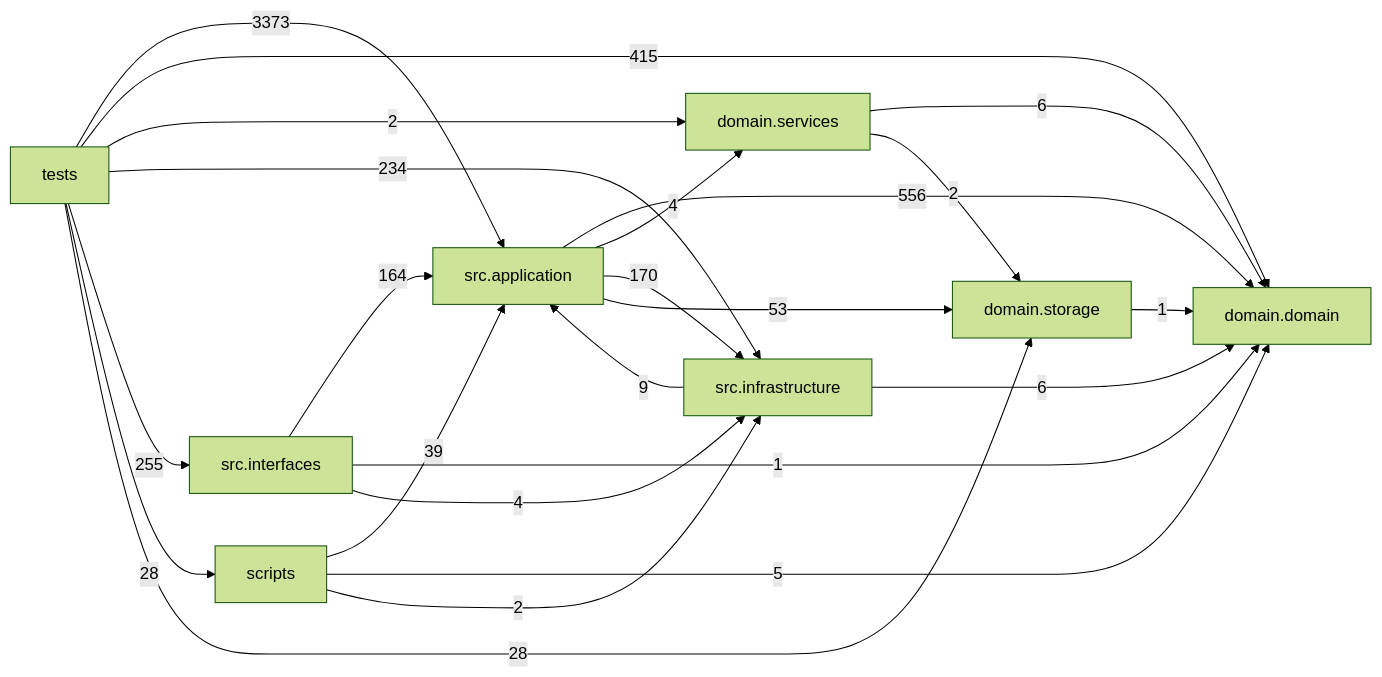
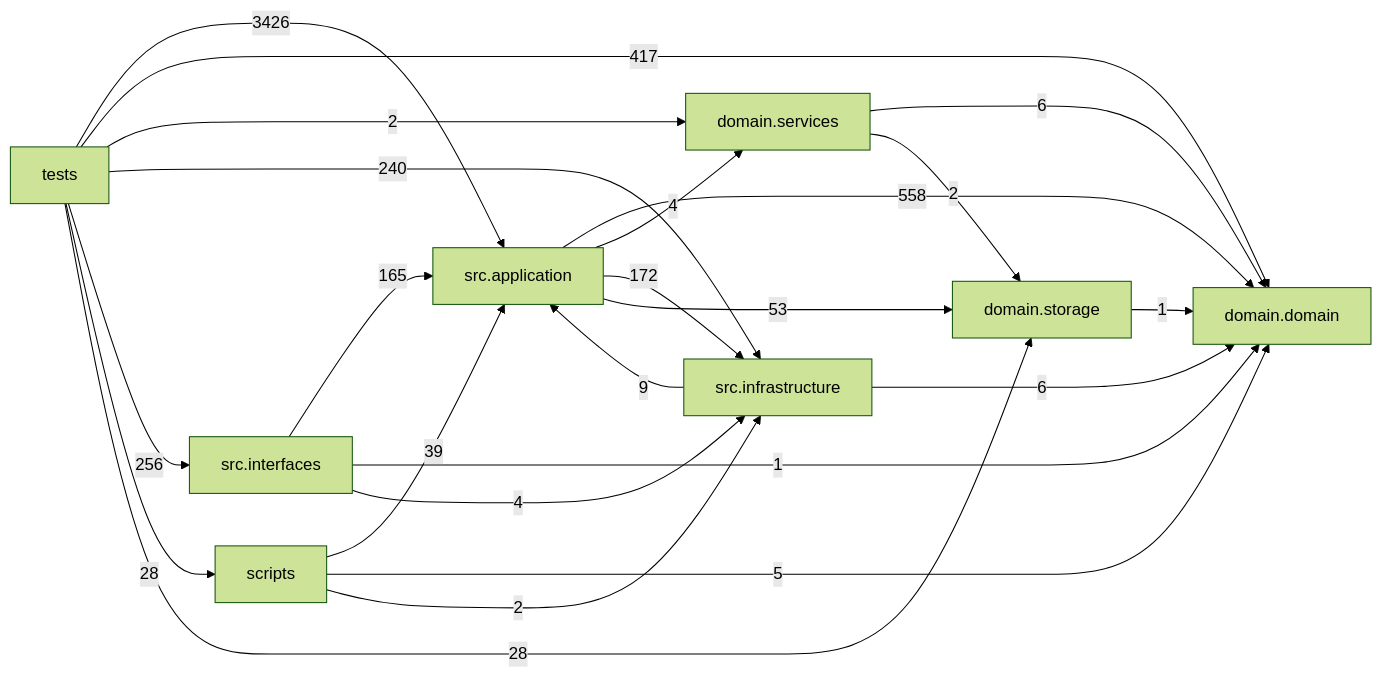
The diagram in docs/DEPENDENCY_GRAPH.md (liuxie066/options-monitor), drawn with Mermaid (forest theme) before and after one commit. The commit also changed other lines of this file and 47 other files, not shown here.

````diff
--- a/docs/DEPENDENCY_GRAPH.md
+++ b/docs/DEPENDENCY_GRAPH.md
@@ -24,33 +24,33 @@
 ```mermaid
 flowchart LR
   tests["tests"]
   scripts["scripts"]
   interfaces["src.interfaces"]
   application["src.application"]
   infrastructure["src.infrastructure"]
   domain_services["domain.services"]
   domain["domain.domain"]
   storage["domain.storage"]
-  application -->|556| domain
+  application -->|558| domain
   application -->|4| domain_services
-  application -->|170| infrastructure
+  application -->|172| infrastructure
   application -->|53| storage
   domain_services -->|6| domain
   domain_services -->|2| storage
   infrastructure -->|9| application
   infrastructure -->|6| domain
-  interfaces -->|164| application
+  interfaces -->|165| application
   interfaces -->|1| domain
   interfaces -->|4| infrastructure
   scripts -->|39| application
   scripts -->|5| domain
   scripts -->|2| infrastructure
   storage -->|1| domain
-  tests -->|3373| application
-  tests -->|415| domain
+  tests -->|3426| application
+  tests -->|417| domain
   tests -->|2| domain_services
-  tests -->|234| infrastructure
-  tests -->|255| interfaces
+  tests -->|240| infrastructure
+  tests -->|256| interfaces
   tests -->|28| scripts
   tests -->|28| storage
 ```
````
